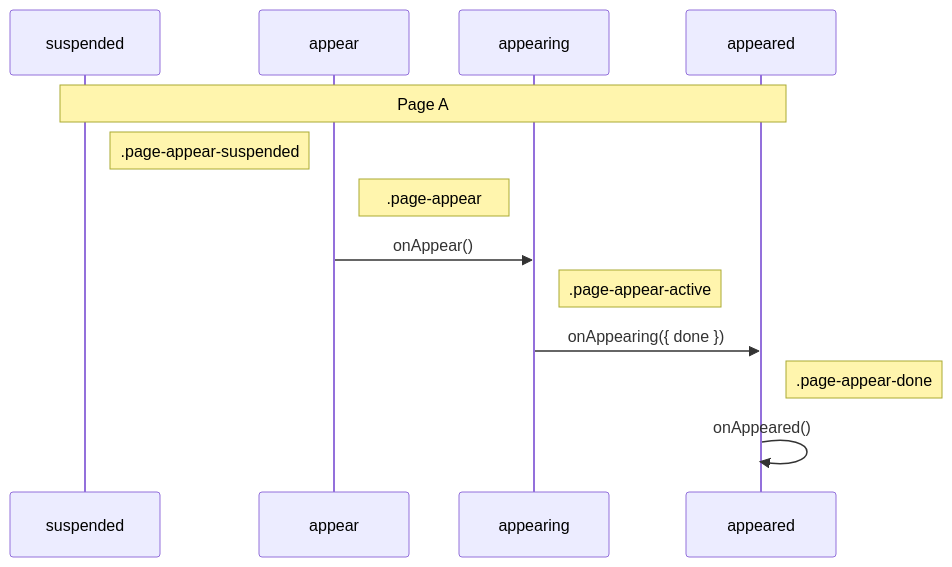
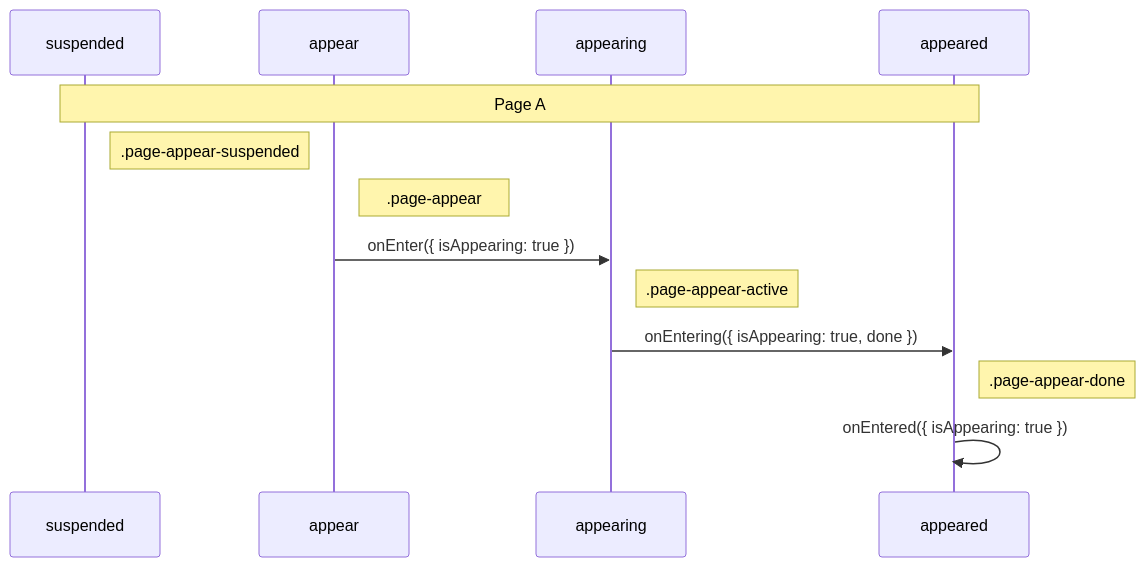
One commit to 14islands/react-page-transitions changed the first of 2 diagrams in README.md. Above: the diagram before and after it, drawn with Mermaid. The commit also changed other lines of this file and 10 other files, not shown here.

Commit message:
feat: remove onAppear* and pass isAppearing bool instead

````diff
--- a/README.md
+++ b/README.md
@@ -115,15 +115,15 @@
 ```mermaid
 sequenceDiagram
     participant suspended
     participant appear
     participant appearing
     participant appeared
     Note over suspended, appeared: Page A
     Note right of suspended: .page-appear-suspended
     Note right of appear: .page-appear
-    appear->>appearing: onAppear()
+    appear->>appearing: onEnter({ isAppearing: true })
     Note right of appearing: .page-appear-active
-    appearing->>appeared: onAppearing({ done })
+    appearing->>appeared: onEntering({ isAppearing: true, done })
     Note right of appeared: .page-appear-done
-    appeared->>appeared: onAppeared()
+    appeared->>appeared: onEntered({ isAppearing: true })
 ```
````
